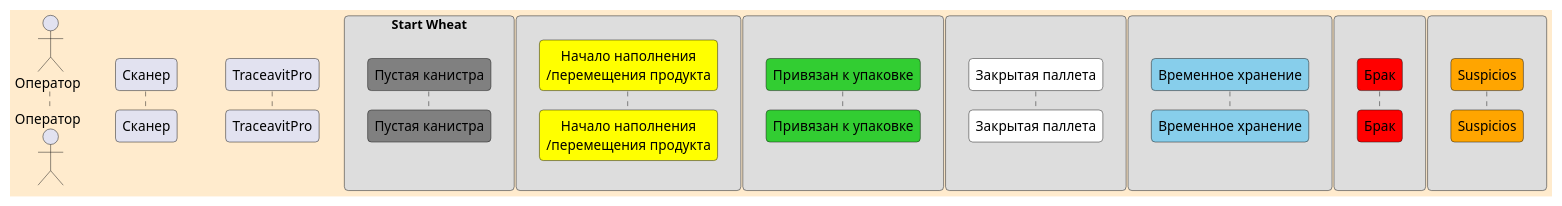
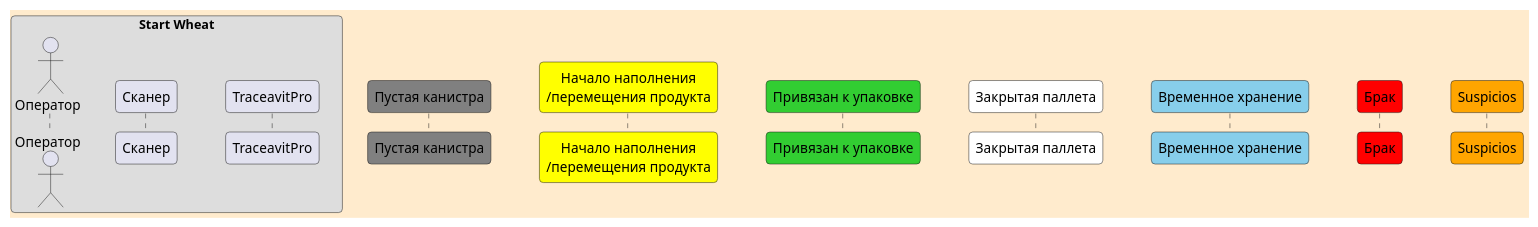
One commit to masteroleg/uml changed the diagram in definitions.puml. Above: the diagram before and after it, drawn with PlantUML.

Commit message:
Backup on 2024-11-17

```diff
--- a/definitions.puml
+++ b/definitions.puml
@@ -1,77 +1,62 @@
 @startuml sequence definitions
 
 skinparam {
  Roundcorner 8
  Maxmessagesize 150
  responseMessageBelowArrow true
  backgroundColor BlanchedAlmond
  }
 skinparam sequence {
  ArrowThickness 3
  ParticipantPadding 20
  MessageAlign center 
  }
  
-
-actor Оператор as Operator 
-participant Сканер as scaner 
-participant "TraceavitPro" as TA
-
 box Start Wheat
-  participant "Пустая канистра" as Gr #Gray
-end box
-box 
-  participant "Начало наполнения\n/перемещения продукта" as Y #Yellow
-end box
-box
-  participant "Привязан к упаковке" as G #LimeGreen
-end box
-box 
-  participant "Закрытая паллета" as W #White
-end box
-box 
-  participant "Временное хранение" as B #SkyBlue
-end box
-box 
-  participant "Брак" as R #Red
-end box
-box 
-  participant "Suspicios" as S #Orange
+	actor Оператор as Operator 
+	participant Сканер as scaner 
+	participant "TraceavitPro" as TA
 end box
 
-
+participant "Пустая канистра" as Gr #Gray
+participant "Начало наполнения\n/перемещения продукта" as Y #Yellow
+participant "Привязан к упаковке" as G #LimeGreen
+participant "Закрытая паллета" as W #White
+participant "Временное хранение" as B #SkyBlue
+participant "Брак" as R #Red
+participant "Suspicios" as S #Orange
 
 
 /'
 Желтый: Этап начального наполнения или перемещения продукта
 в данную производственную зону из других сегментов процесса. 
 Продукция может вернуться в случае повторного наполнения или инвентаризации.
 Зеленый: Продукт интегрирован в свою упаковочную систему
 (ящик или поддон), что свидетельствует о завершении первичной стадии упаковки.
 На этом этапе коды канистр привязаны к временному коду поддона. 
 Если план паллетизации предполагает ящики, то канистры привязаны к ящику,
 а ящики привязаны к временному коду поддона. В случае обнаружения необходимости
 доработки продукт может вернуться на стадию начального наполнения. 
 сли план паллетизации предполагает ящики, то канистры привязаны к ящику, а ящики привязаны к временному коду поддона.
 Белый: Продукт завершает вторичную стадию упаковки — поддон
 полностью сформирован и маркирован логистической этикеткой, 
 что сигнализирует об окончании производственного этапа. 
 В случае необходимости паллета может быть расформирована,
 и продукт возвращается на стадию начального наполнения для дальнейшей обработки.
 Вторичная стадия упаковки включает сборку и маркировку поддонов, 
 замену временного кода поддона на код логистической этикетки, 
 что обеспечивает готовность продукции к логистическим операциям.
 В отличие от этого, первичная стадия фокусируется на упаковке единиц продукции в ящики 
 или на поддоны для обеспечения их безопасности и стабильности перед дальнейшей обработкой.
 Красный: Продукция признана дефектной и подлежит изоляции
 для последующего анализа или утилизации в соответствии с установленными процедурами
 контроля качества. Данная зона является окончательной для дефектной продукции, и 
 никакие дальнейшие перемещения из неё невозможны.
 Голубой: Продукция временно размещена в зоне хранения для стабилизации 
 или оценки качества перед дальнейшими действиями. В текущих реалиях эта зона 
 используется для отстаивания канистр, например, в случае возможного запивания ножей 
 или других проблем, требующих дополнительной проверки. После проверки продукция либо отправляется на упаковку (Зеленый),
 либо признается дефектной и переходит в зону изоляции (Красный).
 
 '/
 @enduml
```
